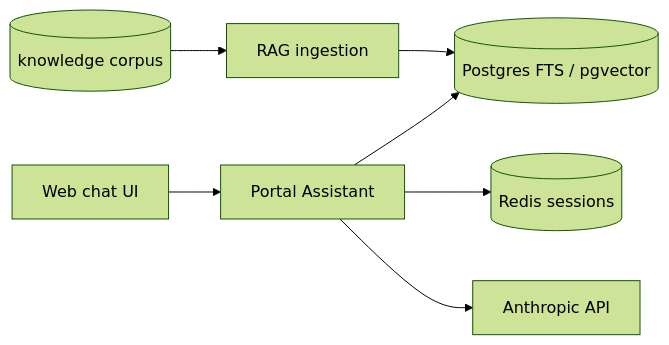
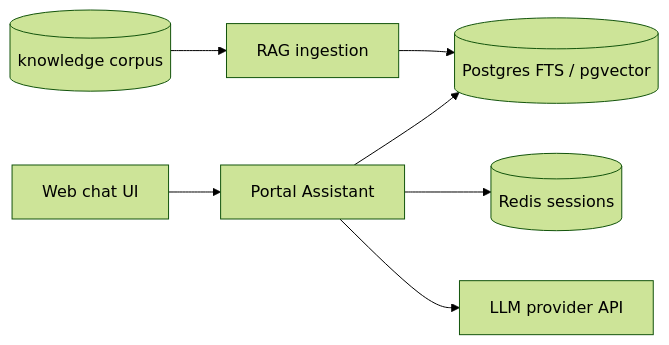
Before and after one commit to opsdevcode/relay: the diagram in README.md, drawn with Mermaid (forest theme). The commit also changed other lines of this file and 7 other files, not shown here.

````diff
--- a/README.md
+++ b/README.md
@@ -43,9 +43,9 @@
 ```mermaid
 flowchart LR
   WEB[Web chat UI] --> PA[Portal Assistant]
   PA --> PG[(Postgres FTS / pgvector)]
   PA --> RD[(Redis sessions)]
-  PA --> LLM[Anthropic API]
+  PA --> LLM[LLM provider API]
   ING[RAG ingestion] --> PG
   CORPUS[(knowledge corpus)] --> ING
 ```
````
